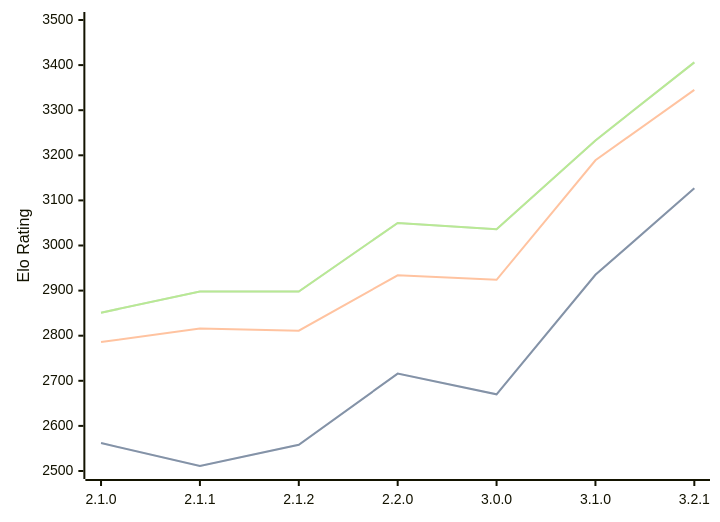
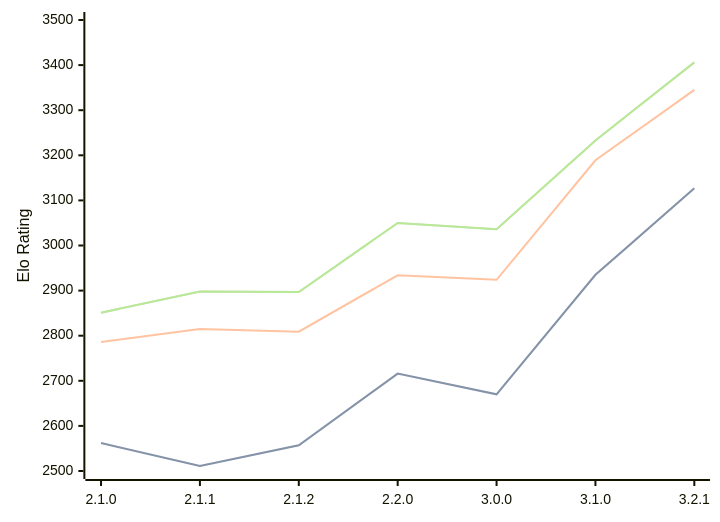
The diagram in engines/Prune.md (computer-chess-index/cci), drawn with Mermaid before and after one commit. The commit also changed other lines of this file, not shown here.

Commit message:
Update CCI Ratings (ELO VLTC) - 2026-03-22

````diff
--- a/engines/Prune.md
+++ b/engines/Prune.md
@@ -42,11 +42,11 @@
 ```mermaid
 %%{init: {"theme":"base","themeVariables":{"seriesColors:['#a3a3a3','#222221','#faa371']}}}%%
 xychart-beta
   x-axis ["2.1.0", "2.1.1", "2.1.2", "2.2.0", "3.0.0", "3.1.0", "3.2.1"]
   y-axis "Elo Rating" 2500 --> 3500
-  line "STC (8.0+0.08s)" [2562, 2511, 2558, 2716, 2670, 2935, 3127]
-  line "STC (8.0+0.08s)" [2562, 2511, 2558, 2716, 2670, 2935, 3127]
-  line "LTC (60.0+0.60s)" [2786, 2816, 2811, 2934, 2924, 3189, 3345]
-  line "VLTC (2m24s+1.12s)" [2851, 2898, 2898, 3050, 3036, 3233, 3406]
-  line "VLTC (2m24s+1.12s)" [2851, 2898, 2898, 3050, 3036, 3233, 3406]
+  line "STC (8.0+0.08s)" [2562, 2511, 2557, 2716, 2670, 2935, 3127]
+  line "STC (8.0+0.08s)" [2562, 2511, 2557, 2716, 2670, 2935, 3127]
+  line "LTC (60.0+0.60s)" [2786, 2815, 2809, 2934, 2924, 3189, 3345]
+  line "VLTC (2m24s+1.12s)" [2851, 2898, 2897, 3050, 3036, 3233, 3406]
+  line "VLTC (2m24s+1.12s)" [2851, 2898, 2897, 3050, 3036, 3233, 3406]
 ```
````
